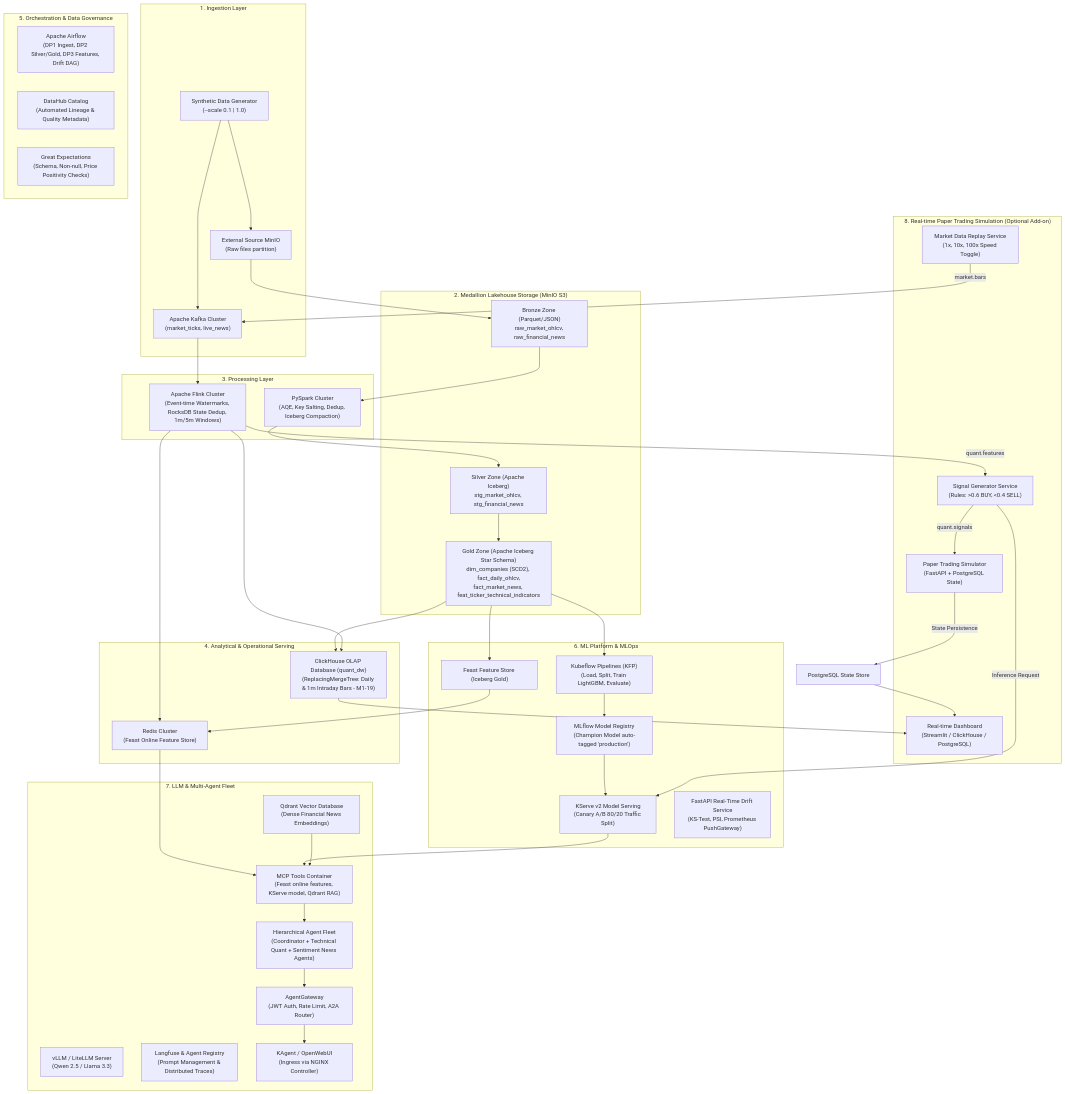
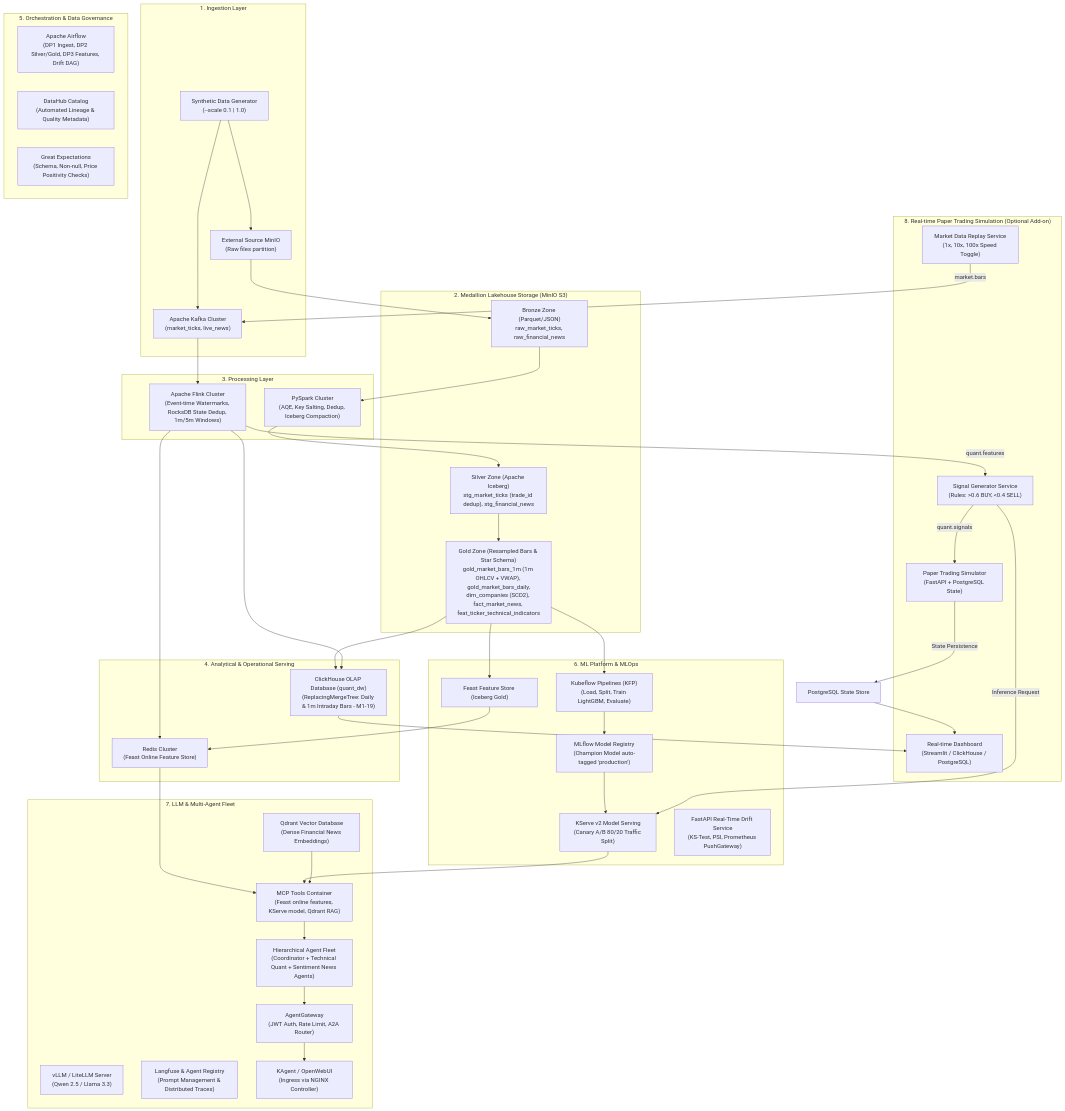
One commit to LongDeutsch/edai_quant_k11 changed the diagram in docs/ARCHITECTURE_BLUEPRINT.md. Above: the diagram before and after it, drawn with Mermaid. The commit also changed other lines of this file and 872 other files, not shown here.

Commit message:
full flow integrate and ui dashboard update

```diff
--- a/docs/ARCHITECTURE_BLUEPRINT.md
+++ b/docs/ARCHITECTURE_BLUEPRINT.md
@@ -22,9 +22,9 @@
     end
 
     subgraph StorageLayer["2. Medallion Lakehouse Storage (MinIO S3)"]
-        BronzeZone["Bronze Zone (Parquet/JSON)<br>raw_market_ohlcv, raw_financial_news"]
-        SilverZone["Silver Zone (Apache Iceberg)<br>stg_market_ohlcv, stg_financial_news"]
-        GoldZone["Gold Zone (Apache Iceberg Star Schema)<br>dim_companies (SCD2), fact_daily_ohlcv,<br>fact_market_news, feat_ticker_technical_indicators"]
+        BronzeZone["Bronze Zone (Parquet/JSON)<br>raw_market_ticks, raw_financial_news"]
+        SilverZone["Silver Zone (Apache Iceberg)<br>stg_market_ticks (trade_id dedup), stg_financial_news"]
+        GoldZone["Gold Zone (Resampled Bars & Star Schema)<br>gold_market_bars_1m (1m OHLCV + VWAP), gold_market_bars_daily,<br>dim_companies (SCD2), fact_market_news, feat_ticker_technical_indicators"]
     end
 
     subgraph ProcessingLayer["3. Processing Layer"]
```
